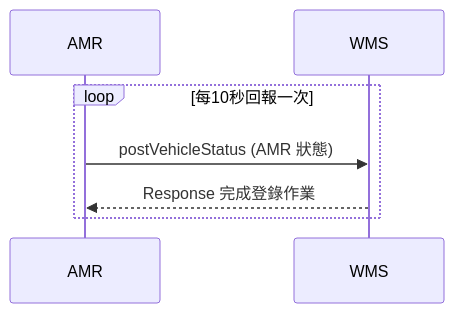
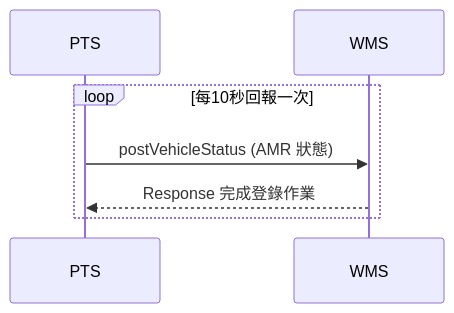
One commit to athena-tircgo/amr-wms-lsj changed the second of 3 diagrams in README.md. Above: the diagram before and after it, drawn with Mermaid. The commit also changed other lines of this file, not shown here.

````diff
--- a/README.md
+++ b/README.md
@@ -192,10 +192,10 @@
 ```mermaid
 sequenceDiagram
-    participant AMR
+    participant PTS
     participant WMS
 
     loop 每10秒回報一次
-        AMR->>WMS: postVehicleStatus (AMR 狀態)
-        WMS-->>AMR: Response 完成登錄作業
+        PTS->>WMS: postVehicleStatus (AMR 狀態)
+        WMS-->>PTS: Response 完成登錄作業
     end
 ```
````
